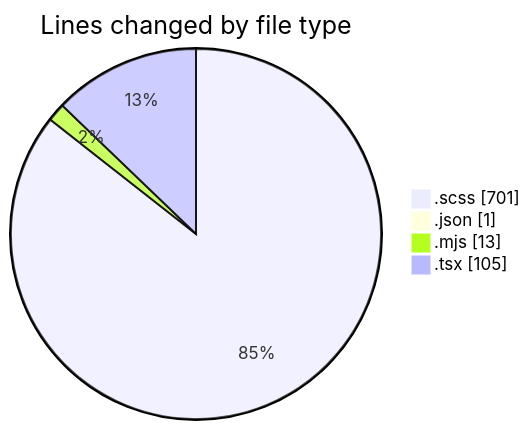
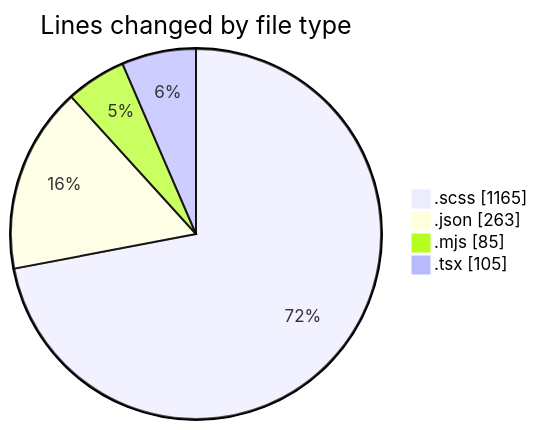
The first of 2 diagrams in 2026-01-27/cda/README.md (momahboobian/code-tracking), drawn with Mermaid before and after one commit. The commit also changed other lines of this file and 1 other file, not shown here.

````diff
--- a/2026-01-27/cda/README.md
+++ b/2026-01-27/cda/README.md
@@ -27,8 +28,8 @@
 ```mermaid
 pie showData
 title Lines changed by file type
-".scss" : 701
-".json" : 1
-".mjs" : 13
+".scss" : 1165
+".json" : 263
+".mjs" : 85
 ".tsx" : 105
 ```
````
